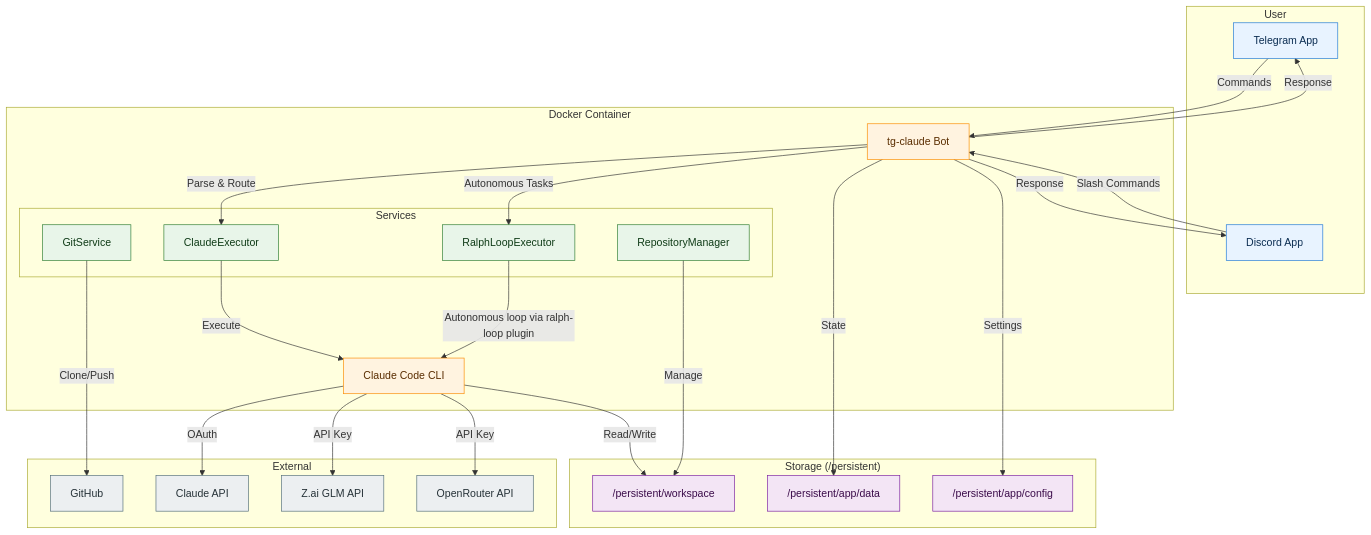
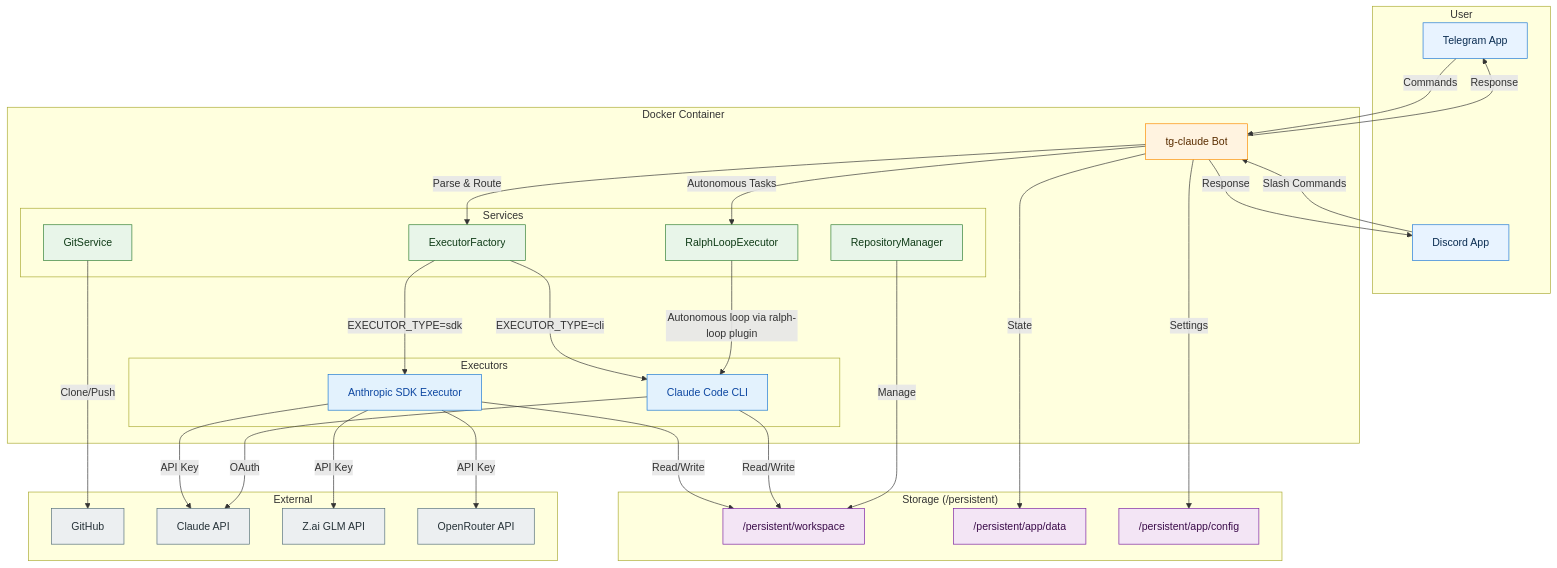
One commit to guzus/tg-claude changed the diagram in README.md. Above: the diagram before and after it, drawn with Mermaid. The commit also changed other lines of this file and 31 other files, not shown here.

First line of the commit message:
feat(sdk): switch from vanilla CLI to claude-agent-sdk (#29)

````diff
--- a/README.md
+++ b/README.md
@@ -25,61 +25,70 @@
 ```mermaid
 flowchart TB
     subgraph User
         TG[Telegram App]
         DC[Discord App]
     end
 
     subgraph Docker Container
         Bot[tg-claude Bot]
-        Claude[Claude Code CLI]
+
+        subgraph Executors
+            SDK[Anthropic SDK Executor]
+            CLI[Claude Code CLI]
+        end
 
         subgraph Services
-            Executor[ClaudeExecutor]
+            Factory[ExecutorFactory]
             Ralph[RalphLoopExecutor]
             Git[GitService]
             Repo[RepositoryManager]
         end
     end
 
     subgraph Storage["Storage (/persistent)"]
         Workspace["/persistent/workspace"]
         Data["/persistent/app/data"]
         Config["/persistent/app/config"]
     end
 
     subgraph External
         GitHub[GitHub]
         ClaudeAPI[Claude API]
         ZaiAPI[Z.ai GLM API]
         OpenRouter[OpenRouter API]
     end
 
     TG -->|Commands| Bot
     DC -->|Slash Commands| Bot
-    Bot -->|Parse & Route| Executor
+    Bot -->|Parse & Route| Factory
+    Factory -->|EXECUTOR_TYPE=sdk| SDK
+    Factory -->|EXECUTOR_TYPE=cli| CLI
     Bot -->|Autonomous Tasks| Ralph
-    Executor -->|Execute| Claude
-    Ralph -->|Autonomous loop via ralph-loop plugin| Claude
-    Claude -->|OAuth| ClaudeAPI
-    Claude -->|API Key| ZaiAPI
-    Claude -->|API Key| OpenRouter
-    Claude -->|Read/Write| Workspace
+    SDK -->|API Key| ClaudeAPI
+    SDK -->|API Key| ZaiAPI
+    SDK -->|API Key| OpenRouter
+    CLI -->|OAuth| ClaudeAPI
+    Ralph -->|Autonomous loop via ralph-loop plugin| CLI
+    SDK -->|Read/Write| Workspace
+    CLI -->|Read/Write| Workspace
     Git -->|Clone/Push| GitHub
     Repo -->|Manage| Workspace
     Bot -->|State| Data
     Bot -->|Settings| Config
     Bot -->|Response| TG
     Bot -->|Response| DC
 
     classDef user fill:#E8F3FF,stroke:#1E78D6,stroke-width:1px,color:#0B2D52;
     classDef bot fill:#FFF3E0,stroke:#FB8C00,stroke-width:1px,color:#5A2D00;
+    classDef executor fill:#E3F2FD,stroke:#1976D2,stroke-width:1px,color:#0D47A1;
     classDef services fill:#E8F5E9,stroke:#2E7D32,stroke-width:1px,color:#0F3B17;
     classDef storage fill:#F3E5F5,stroke:#7B1FA2,stroke-width:1px,color:#3B0C4A;
     classDef external fill:#ECEFF1,stroke:#546E7A,stroke-width:1px,color:#263238;
 
     class TG,DC user;
-    class Bot,Claude bot;
-    class Executor,Ralph,Git,Repo services;
+    class Bot bot;
+    class SDK,CLI executor;
+    class Factory,Ralph,Git,Repo services;
     class Workspace,Data,Config storage;
     class GitHub,ClaudeAPI,ZaiAPI,OpenRouter external;
 ```
````
